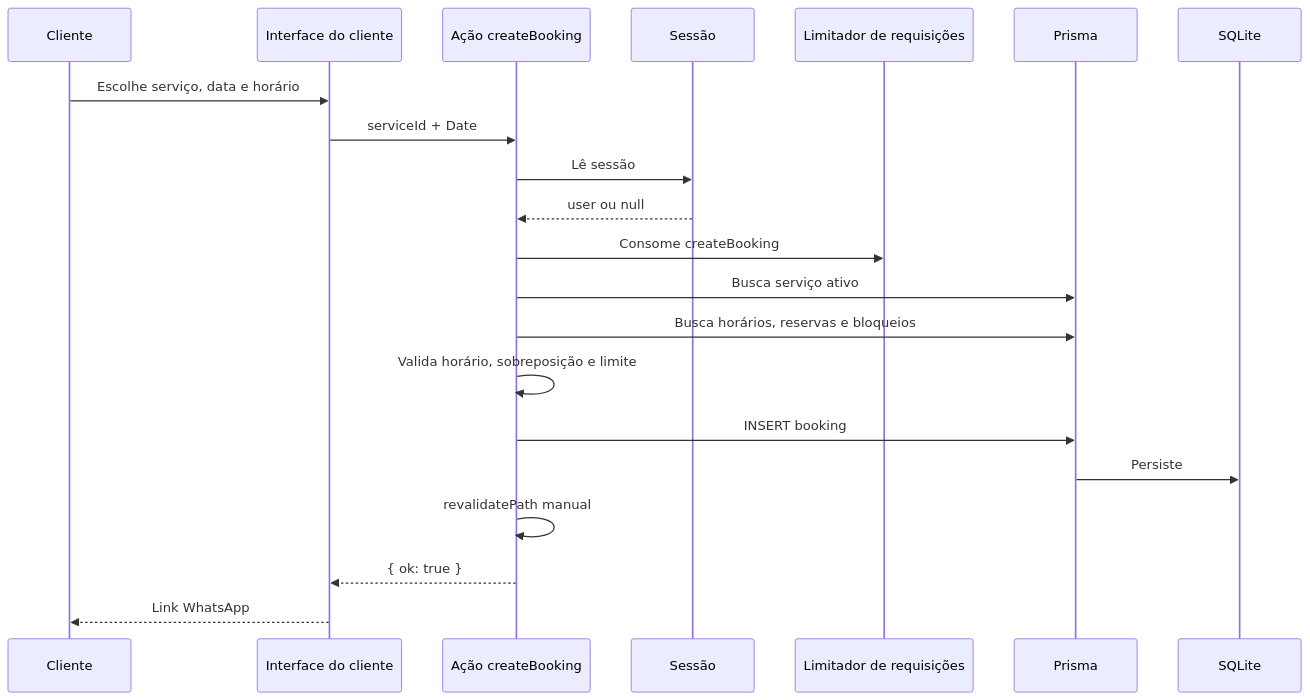
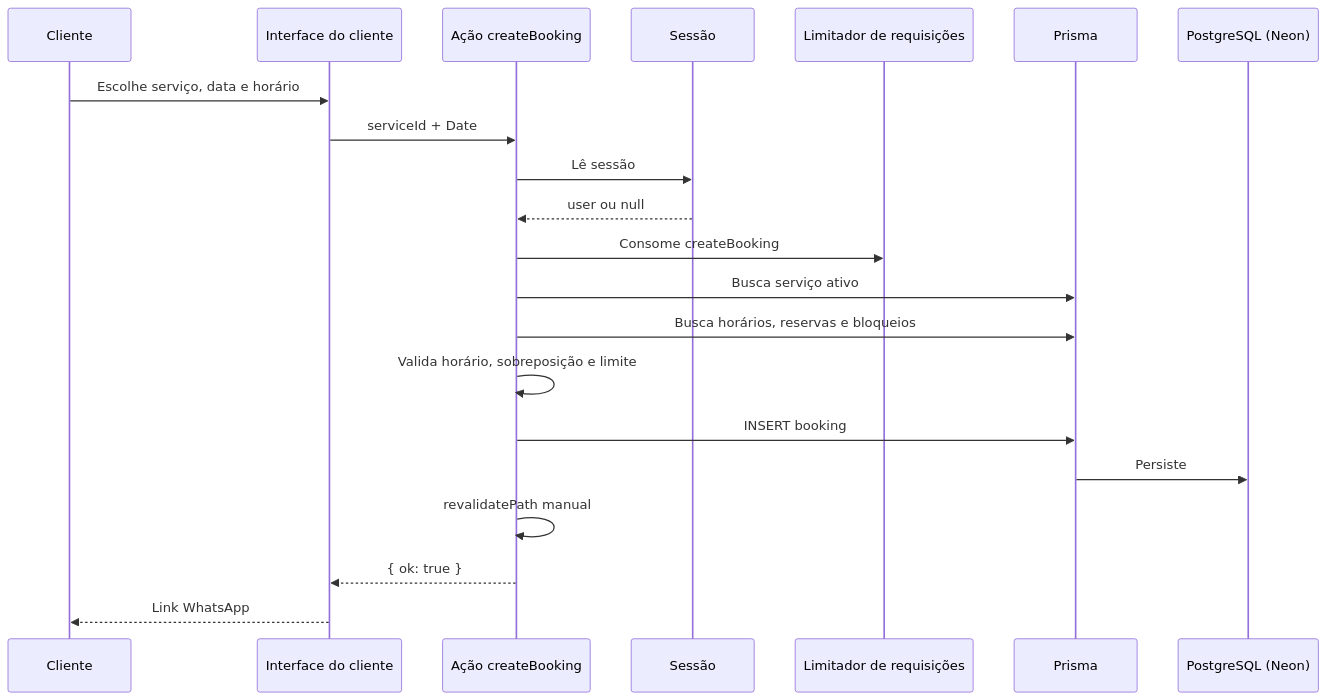
One commit to Freireteles-web-com-jsf2/Siltec-Barber changed the fourth of 5 diagrams in docs/PRD-Siltec-Barber.md. Above: the diagram before and after it, drawn with Mermaid. The commit also changed other lines of this file and 16 other files, not shown here.

Commit message:
feat: migra SQLite para PostgreSQL no Neon com adapter HTTP

````diff
--- a/docs/PRD-Siltec-Barber.md
+++ b/docs/PRD-Siltec-Barber.md
@@ -421,24 +422,24 @@
 ```mermaid
 sequenceDiagram
   participant U as Cliente
   participant UI as Interface do cliente
   participant A as Ação createBooking
   participant S as Sessão
   participant L as Limitador de requisições
   participant P as Prisma
-  participant DB as SQLite
+  participant DB as PostgreSQL (Neon)
 
   U->>UI: Escolhe serviço, data e horário
   UI->>A: serviceId + Date
   A->>S: Lê sessão
   S-->>A: user ou null
   A->>L: Consome createBooking
   A->>P: Busca serviço ativo
   A->>P: Busca horários, reservas e bloqueios
   A->>A: Valida horário, sobreposição e limite
   A->>P: INSERT booking
   P->>DB: Persiste
   A->>A: revalidatePath manual
   A-->>UI: { ok: true }
   UI-->>U: Link WhatsApp
 ```
````
